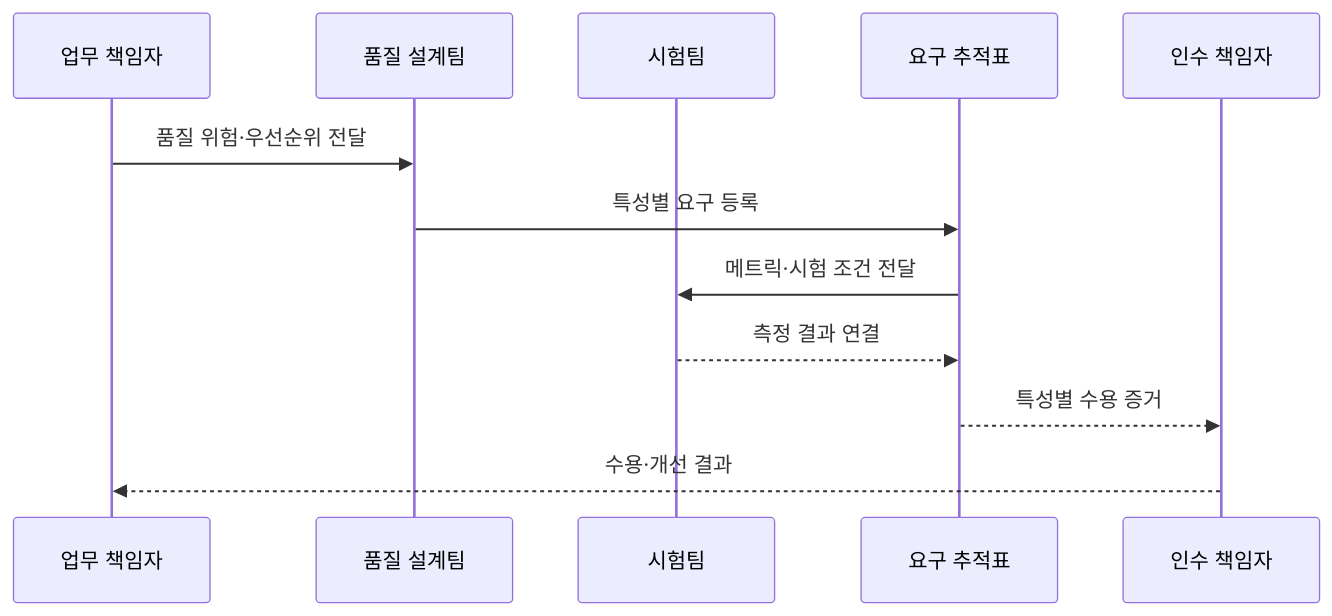
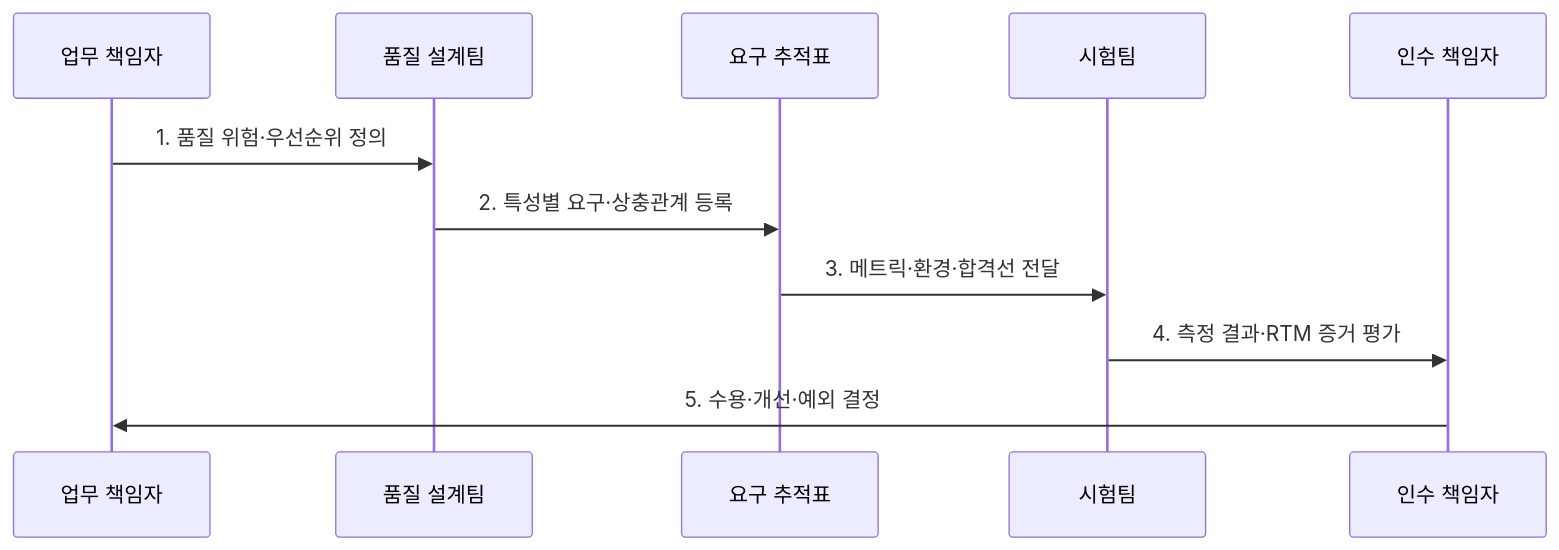
The second of 2 diagrams in src/content/docs/notes/06-evaluation/030_quality_characteristics.md (agnusdei1207/knowledge-base), drawn with Mermaid before and after one commit. The commit also changed other lines of this file and 6 other files, not shown here.

````diff
--- a/src/content/docs/notes/06-evaluation/030_quality_characteristics.md
+++ b/src/content/docs/notes/06-evaluation/030_quality_characteristics.md
@@ -87,14 +90,13 @@
 ```mermaid
 sequenceDiagram
-    participant B as 업무 책임자
-    participant Q as 품질 설계팀
-    participant T as 시험팀
-    participant R as 요구 추적표
-    participant A as 인수 책임자
-    B->>Q: 품질 위험·우선순위 전달
-    Q->>R: 특성별 요구 등록
-    R->>T: 메트릭·시험 조건 전달
-    T-->>R: 측정 결과 연결
-    R-->>A: 특성별 수용 증거
-    A-->>B: 수용·개선 결과
+  participant B as 업무 책임자
+  participant Q as 품질 설계팀
+  participant R as 요구 추적표
+  participant T as 시험팀
+  participant A as 인수 책임자
+  B->>Q: 1. 품질 위험·우선순위 정의
+  Q->>R: 2. 특성별 요구·상충관계 등록
+  R->>T: 3. 메트릭·환경·합격선 전달
+  T->>A: 4. 측정 결과·RTM 증거 평가
+  A->>B: 5. 수용·개선·예외 결정
 ```
````
